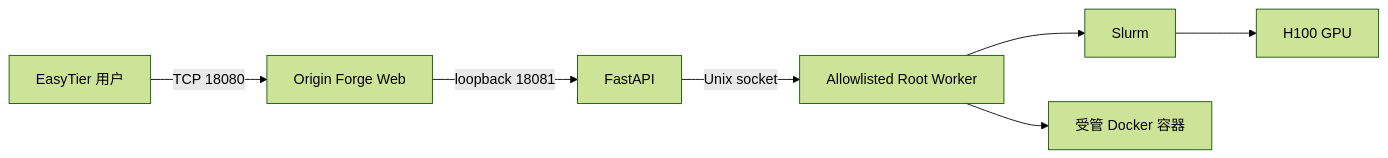
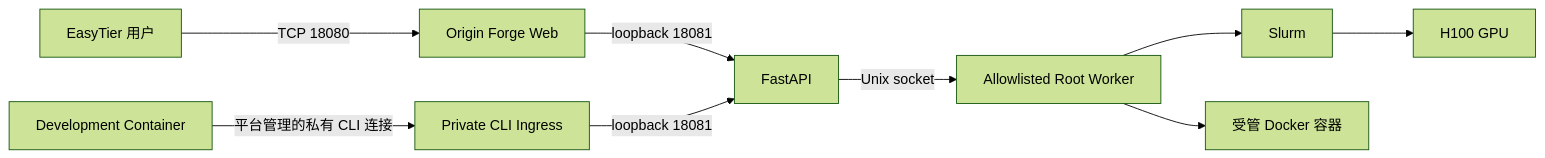
One commit to Orign-al/Origin-Forge changed the diagram in README.md. Above: the diagram before and after it, drawn with Mermaid (forest theme). The commit also changed other lines of this file and 3 other files, not shown here.

````diff
--- a/README.md
+++ b/README.md
@@ -35,9 +48,11 @@
 ```mermaid
 flowchart LR
     U[EasyTier 用户] -->|TCP 18080| W[Origin Forge Web]
     W -->|loopback 18081| A[FastAPI]
+    C[Development Container] -->|平台管理的私有 CLI 连接| I[Private CLI Ingress]
+    I -->|loopback 18081| A
     A -->|Unix socket| R[Allowlisted Root Worker]
     R --> S[Slurm]
     R --> D[受管 Docker 容器]
     S --> G[H100 GPU]
 ```
````
